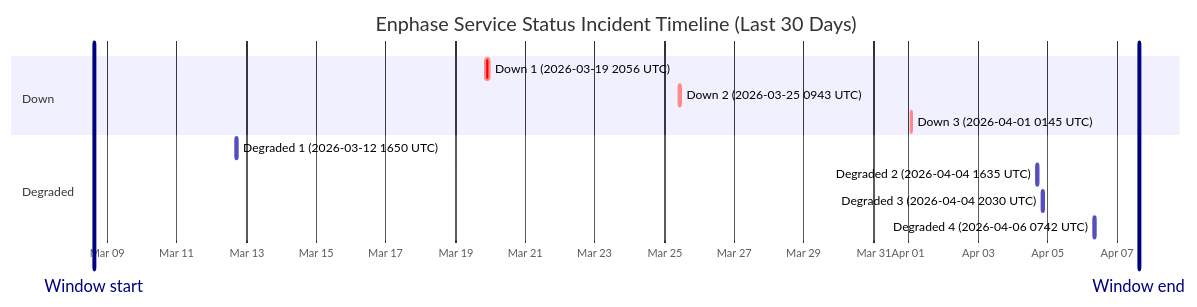
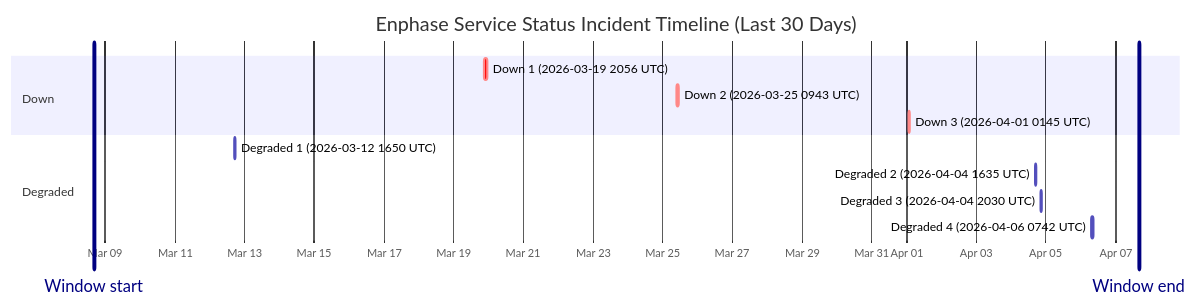
Before and after one commit to barneyonline/ha-enphase-ev-charger: the diagram in wiki/Service-Status-History.md, drawn with Mermaid. The commit also changed other lines of this file and 3 other files, not shown here.

````diff
--- a/wiki/Service-Status-History.md
+++ b/wiki/Service-Status-History.md
@@ -14,17 +14,17 @@
 ```mermaid
 gantt
     title Enphase Service Status Incident Timeline (Last 30 Days)
     dateFormat  YYYY-MM-DDTHH:mm:ss
     axisFormat  %b %d
-    Window start :vert, window-start, 2026-03-08T14:52:55, 0ms
-    Window end :vert, window-end, 2026-04-07T14:52:55, 0ms
+    Window start :vert, window-start, 2026-03-08T16:09:28, 0ms
+    Window end :vert, window-end, 2026-04-07T16:09:28, 0ms
     section Down
     Down 1 (2026-03-19 2056 UTC) :crit, down-1, 2026-03-19T20:56:20, 145m
     Down 2 (2026-03-25 0943 UTC) :crit, down-2, 2026-03-25T09:43:28, 111m
     Down 3 (2026-04-01 0145 UTC) :crit, down-3, 2026-04-01T01:45:09, 60m
     section Degraded
     Degraded 1 (2026-03-12 1650 UTC) :active, degraded-1, 2026-03-12T16:50:43, 60m
     Degraded 2 (2026-04-04 1635 UTC) :active, degraded-2, 2026-04-04T16:35:17, 60m
     Degraded 3 (2026-04-04 2030 UTC) :active, degraded-3, 2026-04-04T20:30:40, 60m
     Degraded 4 (2026-04-06 0742 UTC) :active, degraded-4, 2026-04-06T07:42:09, 85m
 ```
````
